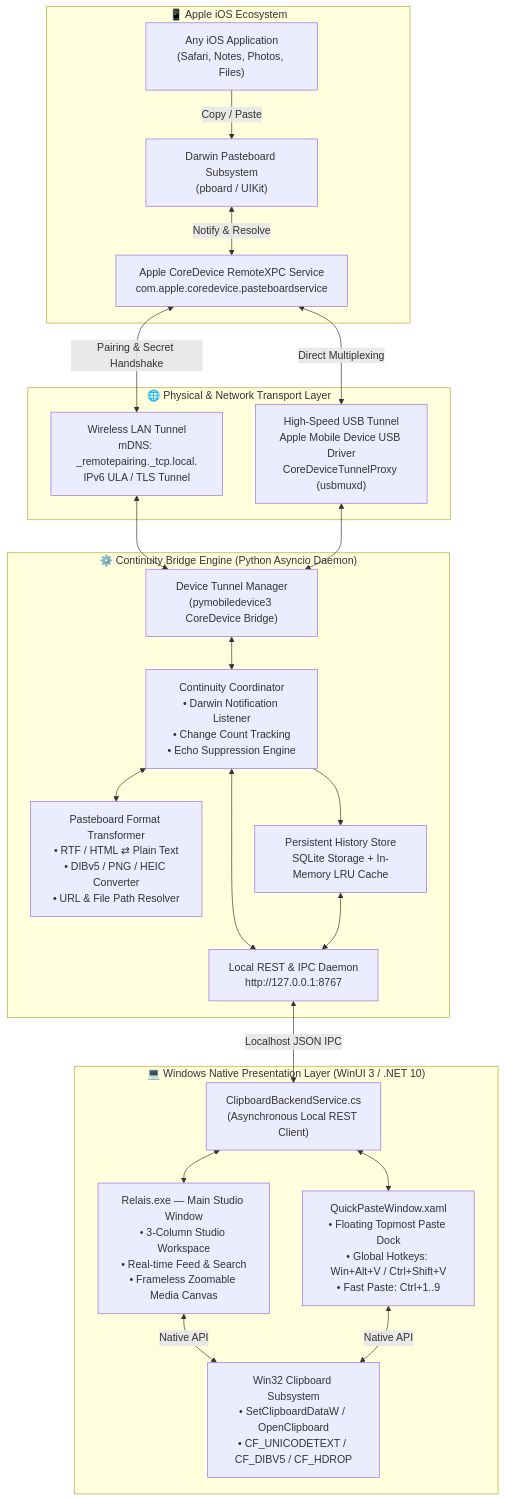
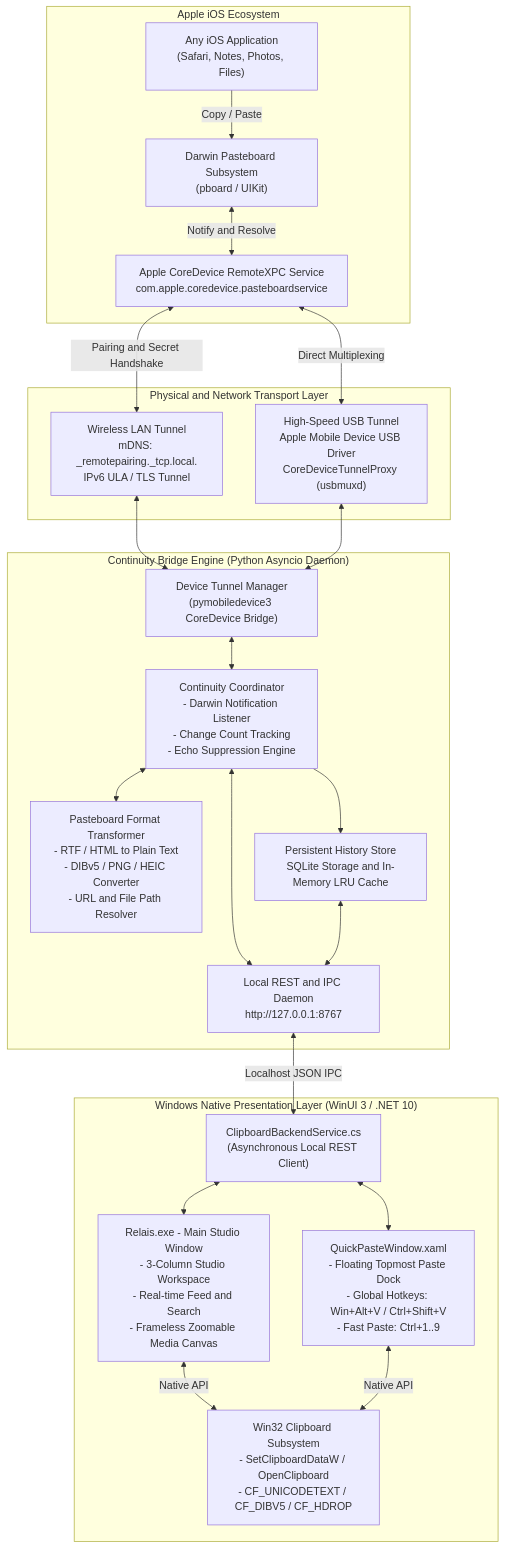
The diagram in README.md (williamcachamwri/Relais), drawn with Mermaid before and after one commit. The commit also changed other lines of this file and 1 other file, not shown here.

````diff
--- a/README.md
+++ b/README.md
@@ -47,46 +47,46 @@
 ```mermaid
 graph TD
-    subgraph Client["📱 Apple iOS Ecosystem"]
+    subgraph Client["Apple iOS Ecosystem"]
         iOSApp["Any iOS Application<br/>(Safari, Notes, Photos, Files)"]
         DarwinPboard["Darwin Pasteboard Subsystem<br/>(pboard / UIKit)"]
         iOSCoreDevice["Apple CoreDevice RemoteXPC Service<br/>com.apple.coredevice.pasteboardservice"]
         iOSApp -->|Copy / Paste| DarwinPboard
-        DarwinPboard <-->|Notify & Resolve| iOSCoreDevice
+        DarwinPboard <-->|Notify and Resolve| iOSCoreDevice
     end
 
-    subgraph Transport["🌐 Physical & Network Transport Layer"]
+    subgraph Transport["Physical and Network Transport Layer"]
         WifiTunnel["Wireless LAN Tunnel<br/>mDNS: _remotepairing._tcp.local.<br/>IPv6 ULA / TLS Tunnel"]
         UsbTunnel["High-Speed USB Tunnel<br/>Apple Mobile Device USB Driver<br/>CoreDeviceTunnelProxy (usbmuxd)"]
-        iOSCoreDevice <-->|Pairing & Secret Handshake| WifiTunnel
+        iOSCoreDevice <-->|Pairing and Secret Handshake| WifiTunnel
         iOSCoreDevice <-->|Direct Multiplexing| UsbTunnel
     end
 
-    subgraph Backend["⚙️ Continuity Bridge Engine (Python Asyncio Daemon)"]
+    subgraph Backend["Continuity Bridge Engine (Python Asyncio Daemon)"]
         PyDevice["Device Tunnel Manager<br/>(pymobiledevice3 CoreDevice Bridge)"]
-        Coordinator["Continuity Coordinator<br/>• Darwin Notification Listener<br/>• Change Count Tracking<br/>• Echo Suppression Engine"]
-        FormatEngine["Pasteboard Format Transformer<br/>• RTF / HTML ⇄ Plain Text<br/>• DIBv5 / PNG / HEIC Converter<br/>• URL & File Path Resolver"]
-        HistoryDB["Persistent History Store<br/>SQLite Storage + In-Memory LRU Cache"]
-        HttpDaemon["Local REST & IPC Daemon<br/>http://127.0.0.1:8767"]
+        Coordinator["Continuity Coordinator<br/>- Darwin Notification Listener<br/>- Change Count Tracking<br/>- Echo Suppression Engine"]
+        FormatEngine["Pasteboard Format Transformer<br/>- RTF / HTML to Plain Text<br/>- DIBv5 / PNG / HEIC Converter<br/>- URL and File Path Resolver"]
+        HistoryDB["Persistent History Store<br/>SQLite Storage and In-Memory LRU Cache"]
+        HttpDaemon["Local REST and IPC Daemon<br/>http://127.0.0.1:8767"]
 
         WifiTunnel <--> PyDevice
         UsbTunnel <--> PyDevice
         PyDevice <--> Coordinator
         Coordinator <--> FormatEngine
         Coordinator --> HistoryDB
         Coordinator <--> HttpDaemon
         HistoryDB <--> HttpDaemon
     end
 
-    subgraph Frontend["💻 Windows Native Presentation Layer (WinUI 3 / .NET 10)"]
+    subgraph Frontend["Windows Native Presentation Layer (WinUI 3 / .NET 10)"]
         BackendService["ClipboardBackendService.cs<br/>(Asynchronous Local REST Client)"]
-        MainWindow["Relais.exe — Main Studio Window<br/>• 3-Column Studio Workspace<br/>• Real-time Feed & Search<br/>• Frameless Zoomable Media Canvas"]
-        QuickPaste["QuickPasteWindow.xaml<br/>• Floating Topmost Paste Dock<br/>• Global Hotkeys: Win+Alt+V / Ctrl+Shift+V<br/>• Fast Paste: Ctrl+1..9"]
-        WinClipboardHook["Win32 Clipboard Subsystem<br/>• SetClipboardDataW / OpenClipboard<br/>• CF_UNICODETEXT / CF_DIBV5 / CF_HDROP"]
+        MainWindow["Relais.exe - Main Studio Window<br/>- 3-Column Studio Workspace<br/>- Real-time Feed and Search<br/>- Frameless Zoomable Media Canvas"]
+        QuickPaste["QuickPasteWindow.xaml<br/>- Floating Topmost Paste Dock<br/>- Global Hotkeys: Win+Alt+V / Ctrl+Shift+V<br/>- Fast Paste: Ctrl+1..9"]
+        WinClipboardHook["Win32 Clipboard Subsystem<br/>- SetClipboardDataW / OpenClipboard<br/>- CF_UNICODETEXT / CF_DIBV5 / CF_HDROP"]
 
         HttpDaemon <-->|Localhost JSON IPC| BackendService
         BackendService <--> MainWindow
         BackendService <--> QuickPaste
         MainWindow <-->|Native API| WinClipboardHook
         QuickPaste <-->|Native API| WinClipboardHook
     end
 ```
````
